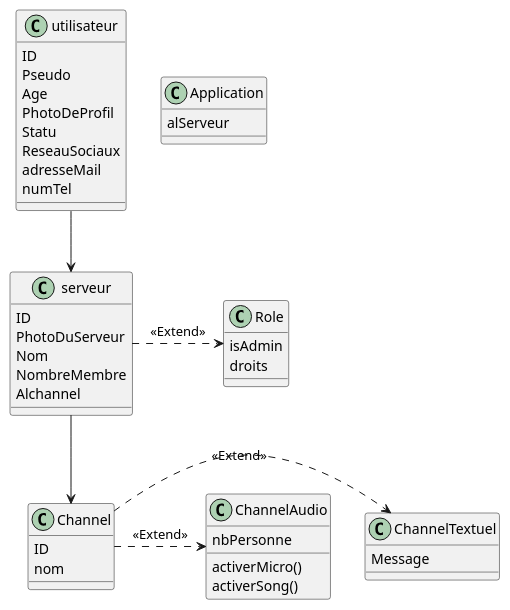
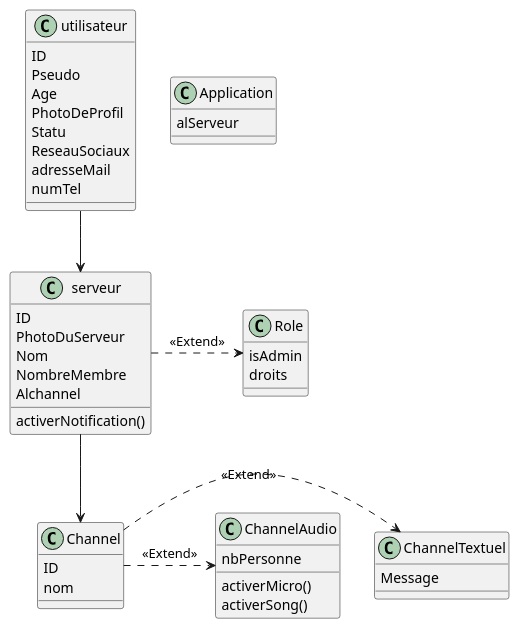
Before and after one commit to IUT-Blagnac/bcoo-retro2021-bcoo-retro2021-g16: the diagram in discord.plantuml, drawn with PlantUML.

```diff
--- a/discord.plantuml
+++ b/discord.plantuml
@@ -1,52 +1,53 @@
 @startuml
 
 class utilisateur {
   ID
   Pseudo 
   Age 
   PhotoDeProfil
   Statu
   ReseauSociaux
   adresseMail
   numTel
 }
 
 class serveur {
   ID
   PhotoDuServeur
   Nom
   NombreMembre
   Alchannel 
+  activerNotification()
 }
 
 class Role {
   isAdmin
   droits
 }
 
 class Channel {
   ID
   nom
 }
 
 class ChannelAudio{
   nbPersonne
   activerMicro()
   activerSong()
 }
 
 class ChannelTextuel{
   Message
 }
 
 class Application {
  alServeur
 }
 
 utilisateur --> serveur
 serveur .> Role : <<Extend>>
 serveur --> Channel
 Channel .> ChannelTextuel : <<Extend>>
 Channel .> ChannelAudio : <<Extend>>
 
 @enduml
```
